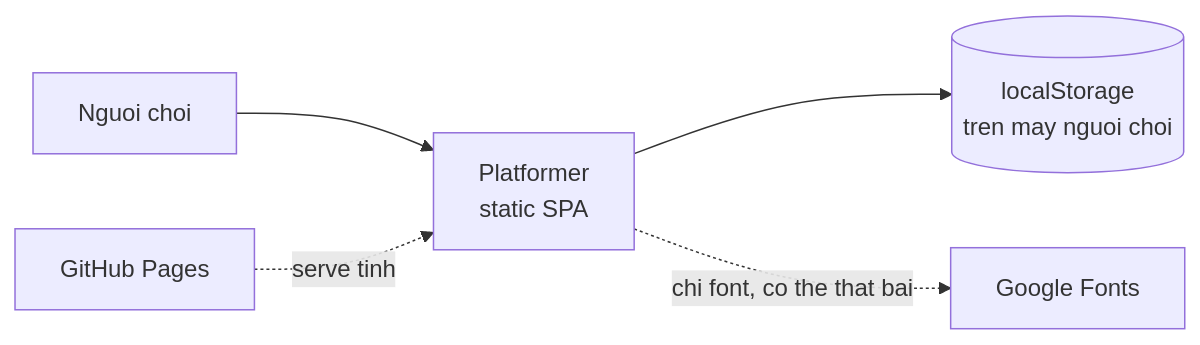
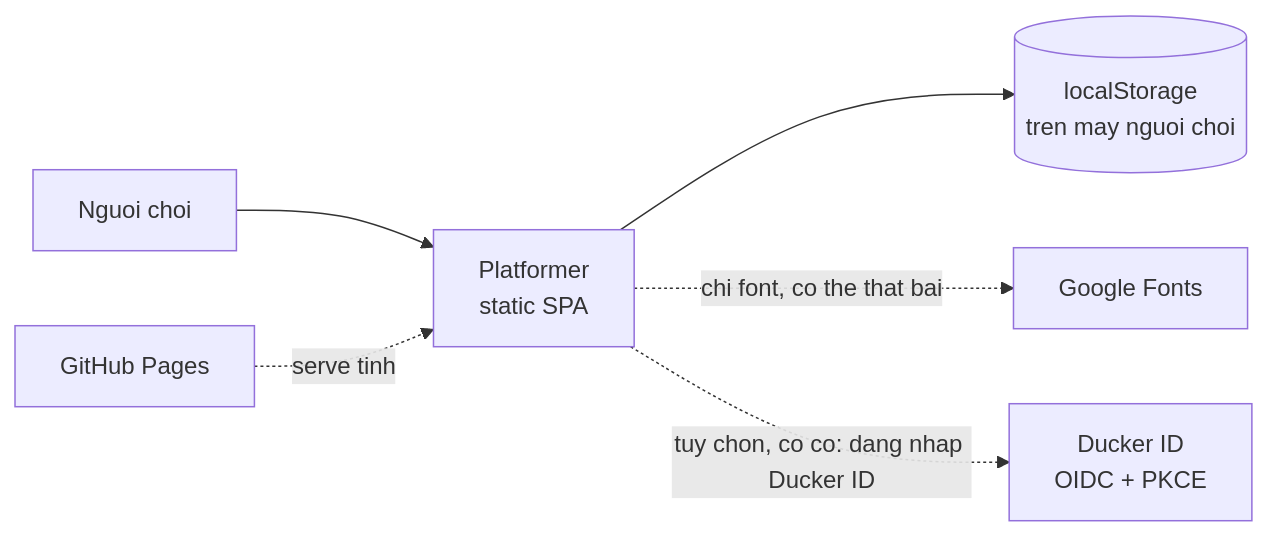
The first of 2 diagrams in docs/03-design/architecture.md (LeVanAnhDuc/web-game-duck-stomp), drawn with Mermaid before and after one commit. The commit also changed other lines of this file and 40 other files, not shown here.

````diff
--- a/docs/03-design/architecture.md
+++ b/docs/03-design/architecture.md
@@ -24,7 +24,8 @@
 ```mermaid
 graph LR
   Player[Nguoi choi] --> Game[Platformer<br/>static SPA]
   Game --> LS[(localStorage<br/>tren may nguoi choi)]
   Game -.->|chi font, co the that bai| GF[Google Fonts]
+  Game -.->|tuy chon, co co: dang nhap Ducker ID| DID[Ducker ID<br/>OIDC + PKCE]
   Pages[GitHub Pages] -.->|serve tinh| Game
 ```
````
